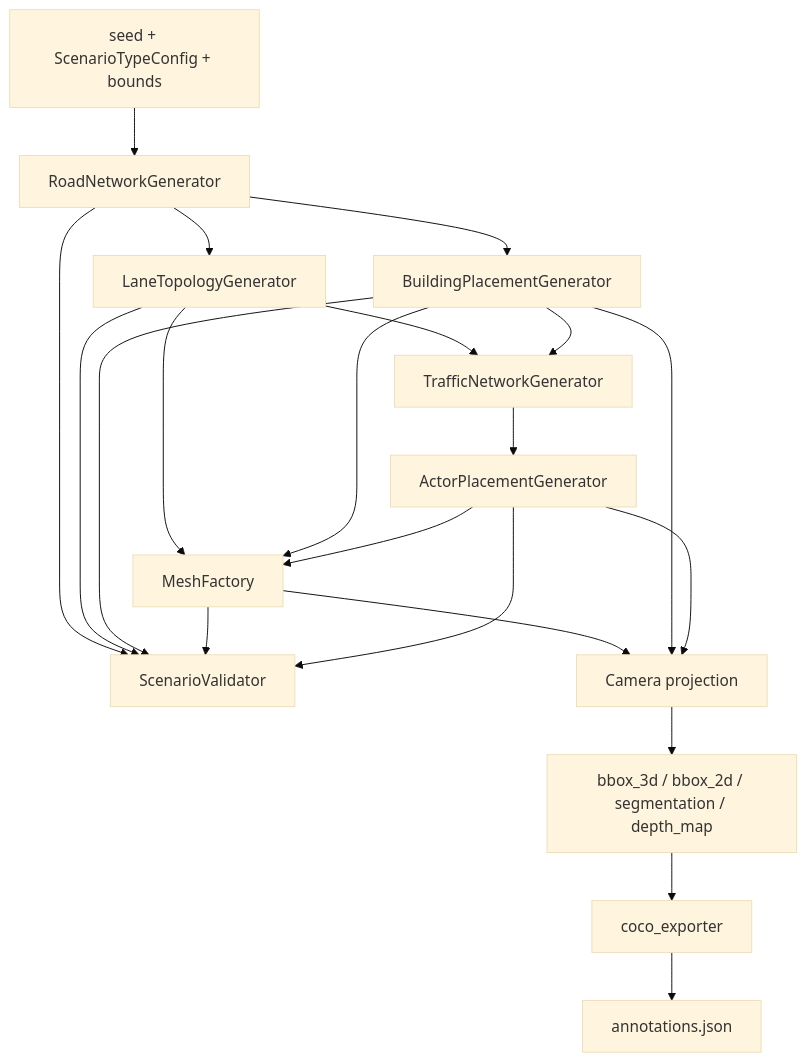
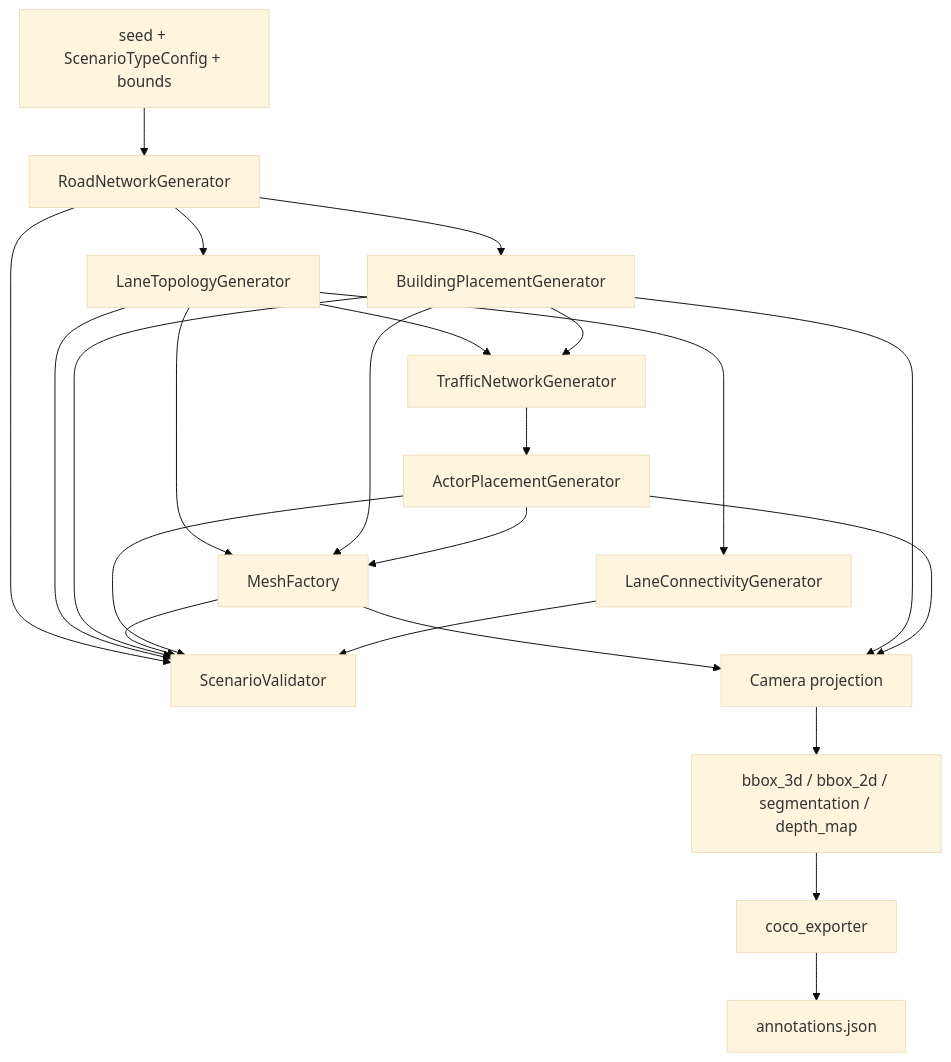
One commit to evanpetersen919/VantageCV-V2 changed the diagram in docs/architecture.rst. Above: the diagram before and after it, drawn with Mermaid (base theme). The commit also changed other lines of this file and 9 other files, not shown here.

```diff
--- a/docs/architecture.rst
+++ b/docs/architecture.rst
@@ -16,23 +16,25 @@
 .. mermaid::
 
    flowchart TD
        A[seed + ScenarioTypeConfig + bounds] --> B[RoadNetworkGenerator]
        B --> C[LaneTopologyGenerator]
        B --> D[BuildingPlacementGenerator]
        C --> E[TrafficNetworkGenerator]
        D --> E
+       C --> EB[LaneConnectivityGenerator]
        E --> EA[ActorPlacementGenerator]
        C --> F[MeshFactory]
        D --> F
        EA --> F
        B --> G[ScenarioValidator]
        C --> G
        D --> G
        F --> G
        EA --> G
+       EB --> G
        F --> H[Camera projection]
        D --> H
        EA --> H
        H --> I[bbox_3d / bbox_2d / segmentation / depth_map]
        I --> J[coco_exporter]
        J --> K[annotations.json]
```
